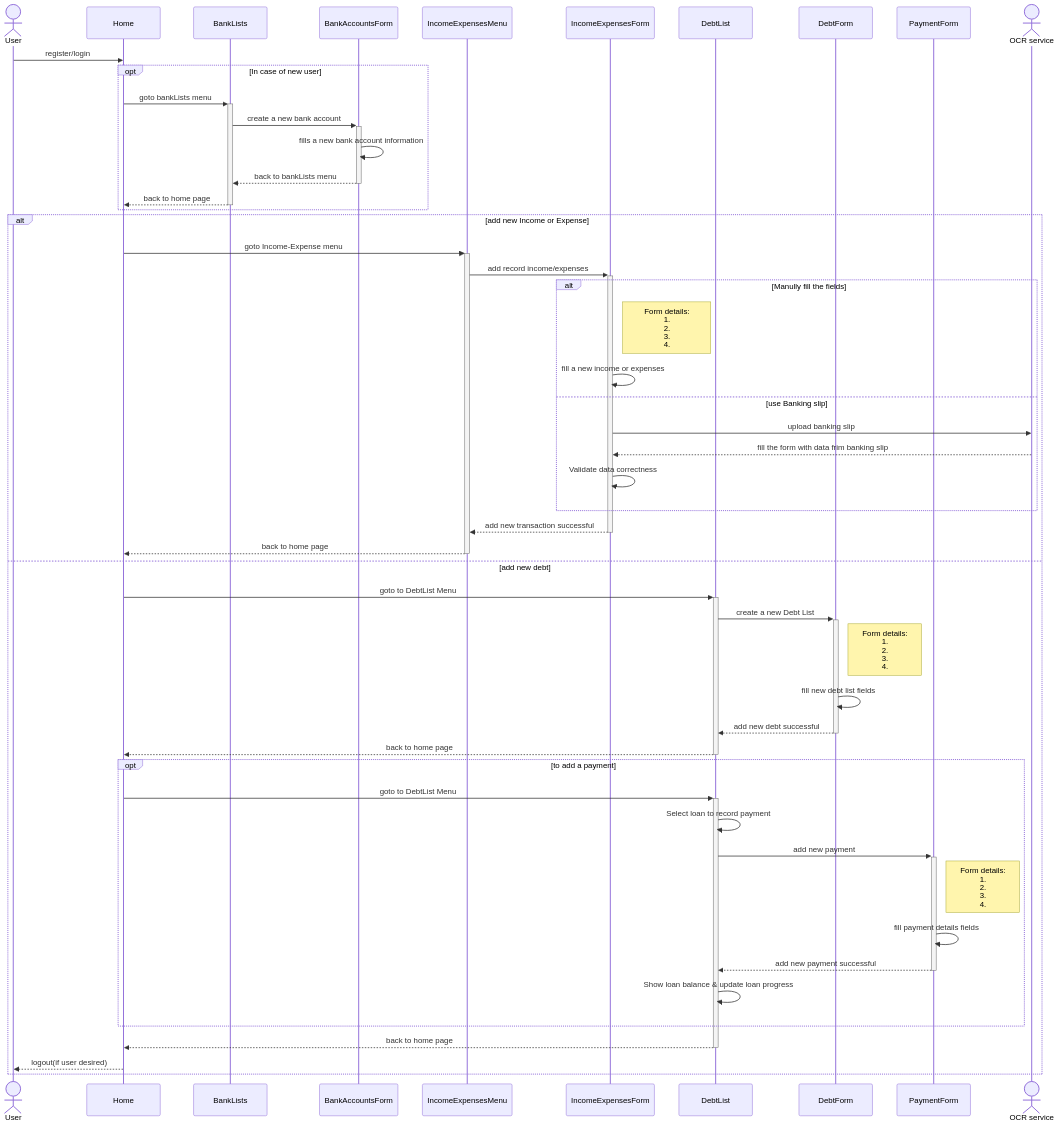
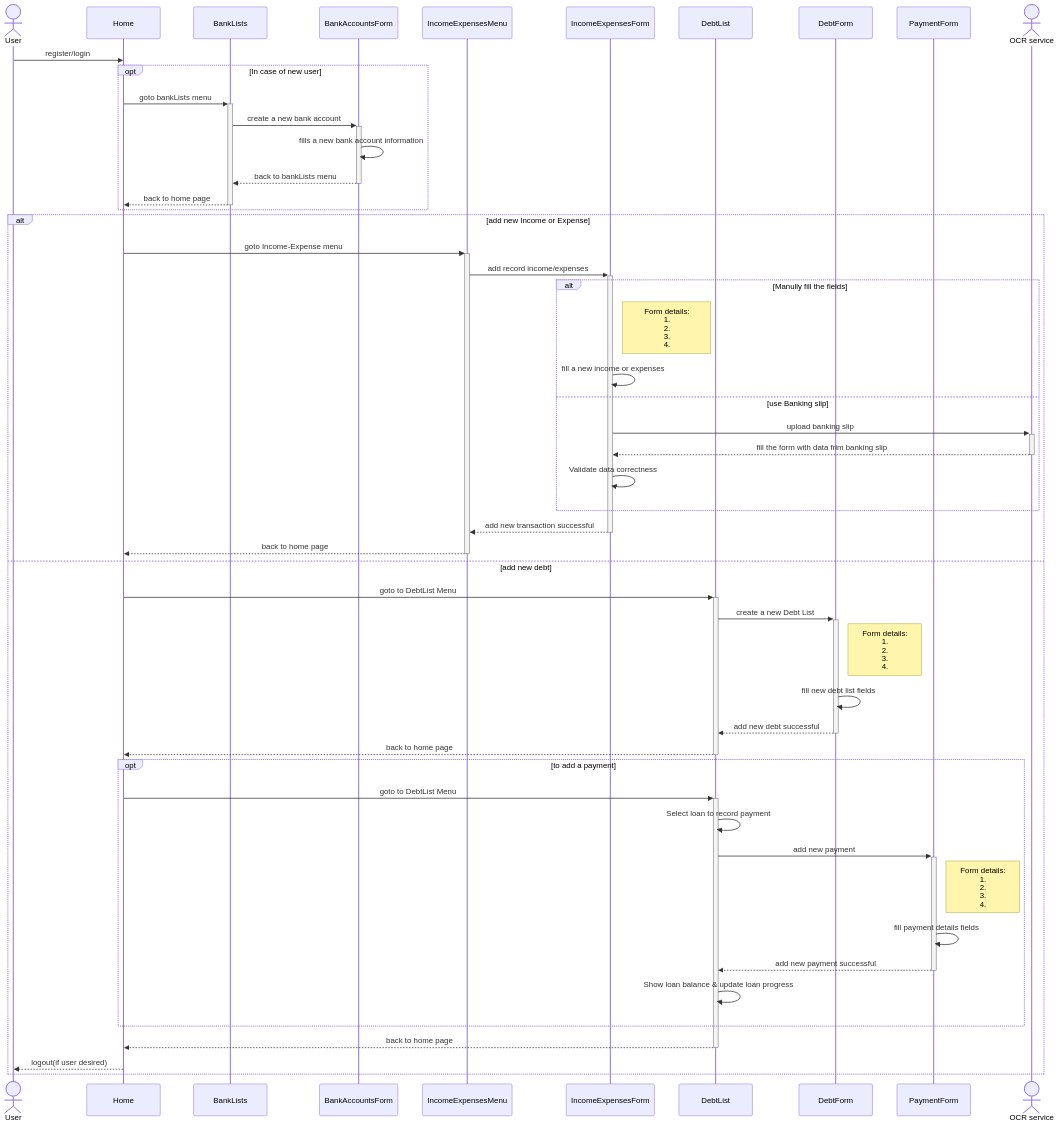
The diagram in design/UserFlow.mmd (SawatKia/WealthTracking), drawn with Mermaid before and after one commit. The commit also changed 1 other file, not shown here.

```diff
--- a/design/UserFlow.mmd
+++ b/design/UserFlow.mmd
@@ -1,52 +1,52 @@
 sequenceDiagram
     actor User
     participant Home
     participant Bank as BankLists
     participant BankAccountsForm
     participant IncomeExpensesMenu
     participant IncomeExpensesForm
     participant DebtList
     participant DebtForm
     participant PaymentForm
     actor Ocr as OCR service
 
     User->>Home: register/login
     opt In case of new user
         Home->>+Bank: goto bankLists menu
         Bank->>+BankAccountsForm: create a new bank account
         BankAccountsForm->>BankAccountsForm: fills a new bank account information
         BankAccountsForm-->>-Bank: back to bankLists menu
         Bank-->>-Home: back to home page
     end
     alt add new Income or Expense
         Home->>+IncomeExpensesMenu: goto Income-Expense menu
         IncomeExpensesMenu->>+IncomeExpensesForm: add record income/expenses
         alt Manully fill the fields
             Note right of IncomeExpensesForm: Form details:<br>1.<br>2.<br>3.<br>4. 
             IncomeExpensesForm->>IncomeExpensesForm: fill a new income or expenses
         else use Banking slip
-            IncomeExpensesForm->>Ocr: upload banking slip
-            Ocr-->>IncomeExpensesForm:fill the form with data frim banking slip
+            IncomeExpensesForm->>+Ocr: upload banking slip
+            Ocr-->>-IncomeExpensesForm:fill the form with data frim banking slip
             IncomeExpensesForm->>IncomeExpensesForm:Validate data correctness
         end
         IncomeExpensesForm-->>-IncomeExpensesMenu: add new transaction successful
         IncomeExpensesMenu-->>-Home: back to home page
     else add new debt
         Home->>+DebtList: goto to DebtList Menu
         DebtList->>+DebtForm: create a new Debt List
         Note right of DebtForm: Form details:<br>1.<br>2.<br>3.<br>4. 
         DebtForm->>DebtForm: fill new debt list fields
         DebtForm-->>-DebtList: add new debt successful
         DebtList-->>-Home: back to home page
         opt to add a payment
             Home->>+DebtList: goto to DebtList Menu
             DebtList->>DebtList: Select loan to record payment
             DebtList->>+PaymentForm: add new payment
             Note right of PaymentForm: Form details:<br>1.<br>2.<br>3.<br>4. 
             PaymentForm->>PaymentForm: fill payment details fields
             PaymentForm-->>-DebtList: add new payment successful
             DebtList->>DebtList: Show loan balance & update loan progress
         end
         DebtList-->>-Home: back to home page
         Home-->>User: logout(if user desired)
     end
```
